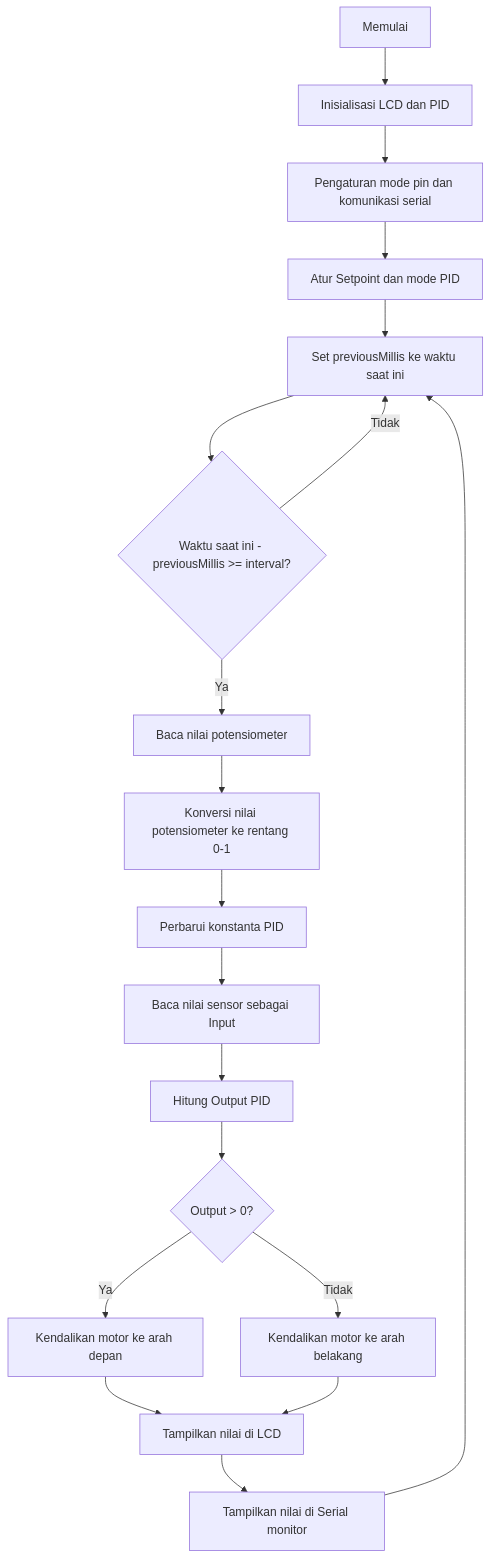
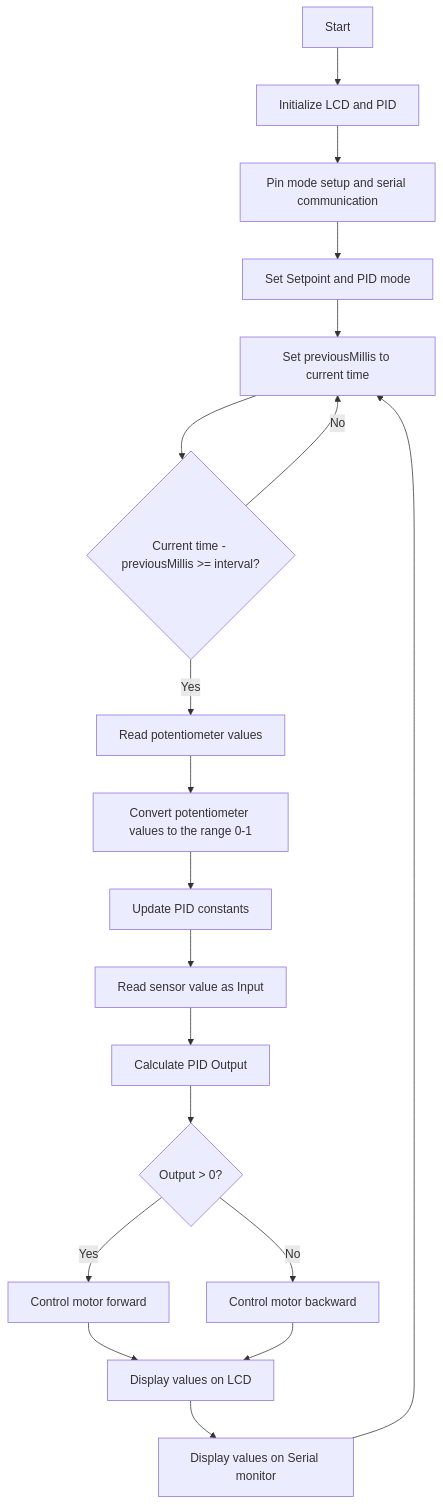
The diagram in motor position control/with display/Readme.md (lily-osp/arduino-pid), drawn with Mermaid before and after one commit. The commit also changed other lines of this file and 5 other files, not shown here.

````diff
--- a/motor position control/with display/Readme.md
+++ b/motor position control/with display/Readme.md
@@ -75,22 +55,21 @@
-```mermaid 
+```mermaid
 graph TD
-A[Memulai] --> B[Inisialisasi LCD dan PID]
-B --> C[Pengaturan mode pin dan komunikasi serial]
-C --> D[Atur Setpoint dan mode PID]
-D --> E[Set previousMillis ke waktu saat ini]
-E --> F{Waktu saat ini - previousMillis >= interval?}
-F -- Tidak --> E
-F -- Ya --> G[Baca nilai potensiometer]
-G --> H[Konversi nilai potensiometer ke rentang 0-1]
-H --> I[Perbarui konstanta PID]
-I --> J[Baca nilai sensor sebagai Input]
-J --> K[Hitung Output PID]
+A[Start] --> B[Initialize LCD and PID]
+B --> C[Pin mode setup and serial communication]
+C --> D[Set Setpoint and PID mode]
+D --> E[Set previousMillis to current time]
+E --> F{Current time - previousMillis >= interval?}
+F -- No --> E
+F -- Yes --> G[Read potentiometer values]
+G --> H[Convert potentiometer values to the range 0-1]
+H --> I[Update PID constants]
+I --> J[Read sensor value as Input]
+J --> K[Calculate PID Output]
 K --> L{Output > 0?}
-L -- Ya --> M[Kendalikan motor ke arah depan]
-M --> N[Tampilkan nilai di LCD]
-N --> O[Tampilkan nilai di Serial monitor]
+L -- Yes --> M[Control motor forward]
+M --> N[Display values on LCD]
+N --> O[Display values on Serial monitor]
 O --> E
-L -- Tidak --> P[Kendalikan motor ke arah belakang]
+L -- No --> P[Control motor backward]
 P --> N
-
 ```
````
